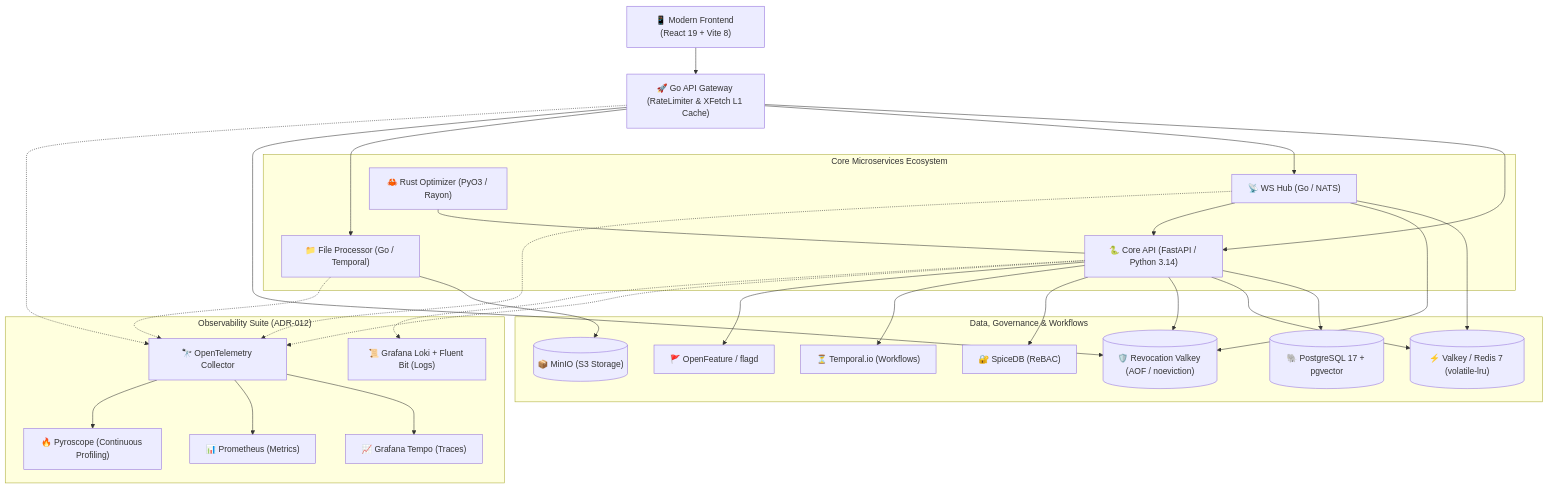
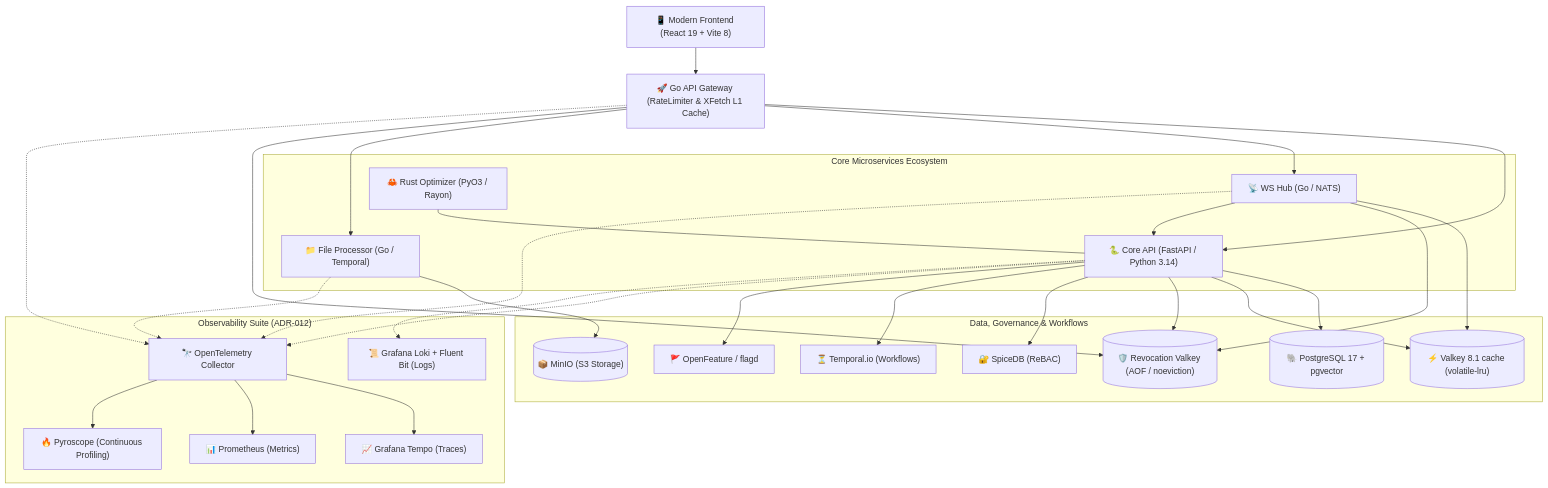
The first of 3 diagrams in README.md (egorribun/university_ecosystem), drawn with Mermaid before and after one commit. The commit also changed other lines of this file and 21 other files, not shown here.

````diff
--- a/README.md
+++ b/README.md
@@ -89,59 +90,59 @@
 ```mermaid
 graph TD
     Client["📱 Modern Frontend (React 19 + Vite 8)"]
     Gateway["🚀 Go API Gateway (RateLimiter & XFetch L1 Cache)"]
 
     subgraph "Core Microservices Ecosystem"
         Backend["🐍 Core API (FastAPI / Python 3.14)"]
         WSHub["📡 WS Hub (Go / NATS)"]
         FileProc["📁 File Processor (Go / Temporal)"]
         Optimizer["🦀 Rust Optimizer (PyO3 / Rayon)"]
     end
 
     subgraph "Data, Governance & Workflows"
         Postgres[("🐘 PostgreSQL 17 + pgvector")]
-        Valkey[("⚡ Valkey / Redis 7 (volatile-lru)")]
+        Valkey[("⚡ Valkey 8.1 cache (volatile-lru)")]
         Revocations[("🛡️ Revocation Valkey (AOF / noeviction)")]
         MinIO[("📦 MinIO (S3 Storage)")]
         Temporal["⏳ Temporal.io (Workflows)"]
         SpiceDB["🔐 SpiceDB (ReBAC)"]
         Flagd["🚩 OpenFeature / flagd"]
     end
 
     subgraph "Observability Suite (ADR-012)"
         OTEL["🔭 OpenTelemetry Collector"]
         Tempo["📈 Grafana Tempo (Traces)"]
         Prometheus["📊 Prometheus (Metrics)"]
         Pyroscope["🔥 Pyroscope (Continuous Profiling)"]
         Loki["📜 Grafana Loki + Fluent Bit (Logs)"]
     end
 
     Client --> Gateway
     Gateway --> Backend
     Gateway --> WSHub
     Gateway --> FileProc
 
     Backend --> Postgres
     Backend --> Valkey
     Backend --> Revocations
     Backend --> SpiceDB
     Backend --> Temporal
     Backend --> Flagd
 
     WSHub --> Valkey
     WSHub --> Revocations
     Gateway --> Revocations
     WSHub --> Backend
     FileProc --> MinIO
     Optimizer --- Backend
 
     Backend -.-> OTEL
     Gateway -.-> OTEL
     WSHub -.-> OTEL
     FileProc -.-> OTEL
 
     OTEL --> Tempo
     OTEL --> Prometheus
     OTEL --> Pyroscope
     Backend -.-> Loki
 ```
````
